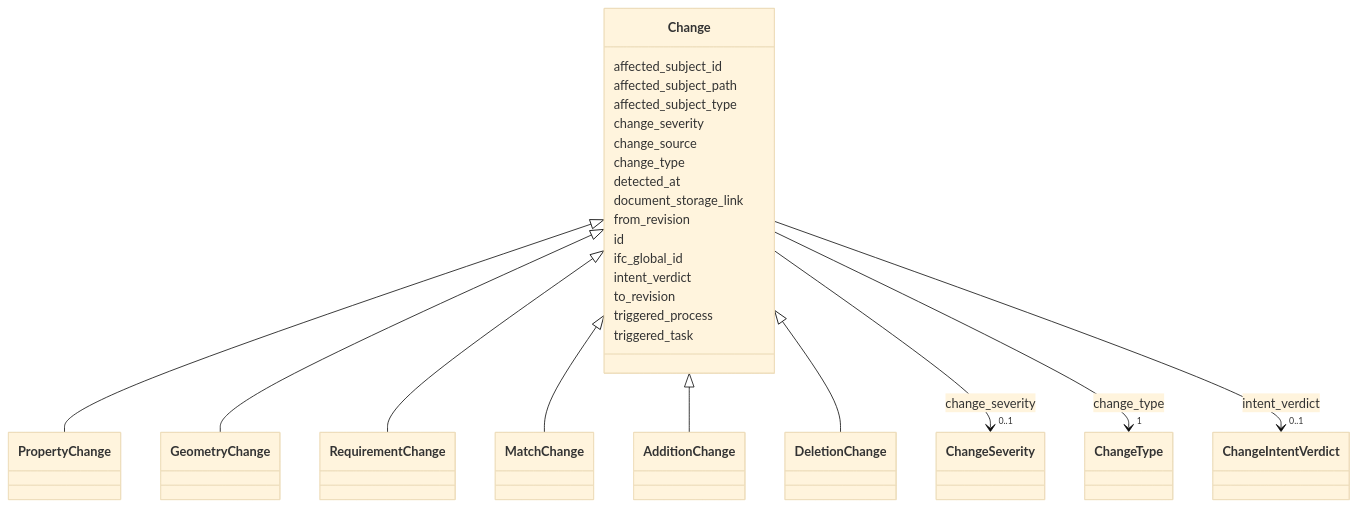
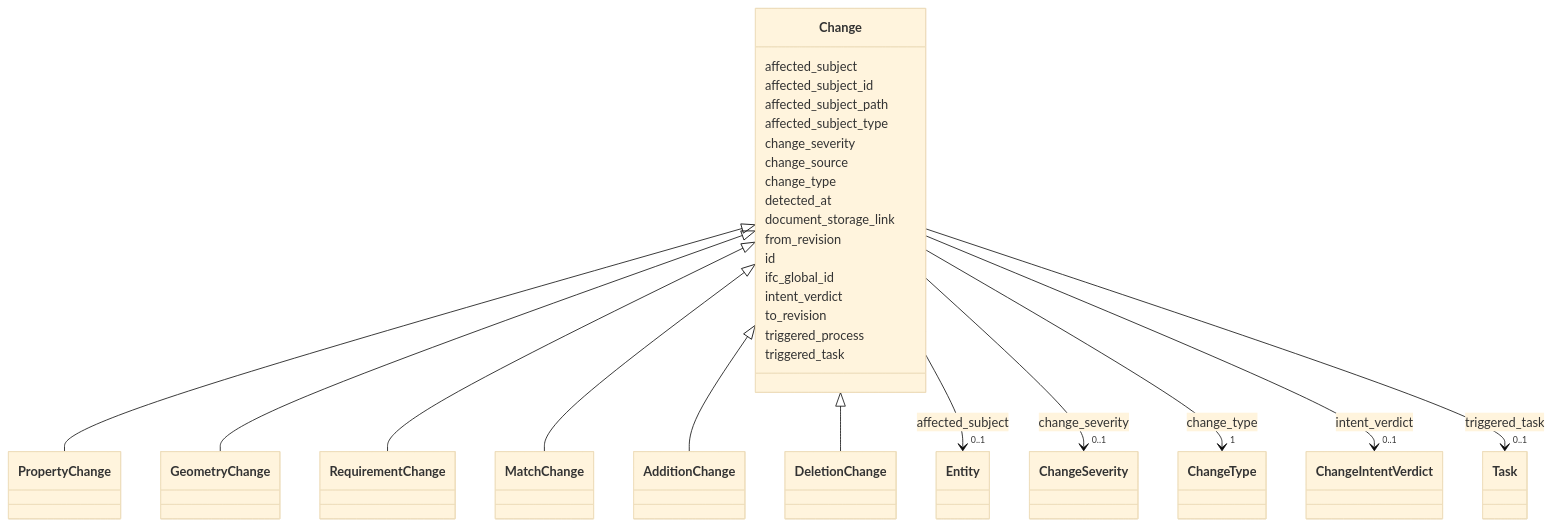
The diagram in latest/schema/.md-src/Change.md (simondilhas/pragmatic-bim-data-contract), drawn with Mermaid (base theme) before and after one commit. The commit also changed other lines of this file and 1888 other files, not shown here.

````diff
--- a/latest/schema/.md-src/Change.md
+++ b/latest/schema/.md-src/Change.md
@@ -27,38 +27,43 @@
 ```mermaid
  classDiagram
     class Change
     click Change href "./Change.html"
       Change <|-- PropertyChange
         click PropertyChange href "./PropertyChange.html"
       Change <|-- GeometryChange
         click GeometryChange href "./GeometryChange.html"
       Change <|-- RequirementChange
         click RequirementChange href "./RequirementChange.html"
       Change <|-- MatchChange
         click MatchChange href "./MatchChange.html"
       Change <|-- AdditionChange
         click AdditionChange href "./AdditionChange.html"
       Change <|-- DeletionChange
         click DeletionChange href "./DeletionChange.html"
+      Change : affected_subject
+        Change --> "0..1" Entity : affected_subject
+        click Entity href "./Entity.html"
       Change : affected_subject_id
       Change : affected_subject_path
       Change : affected_subject_type
       Change : change_severity
         Change --> "0..1" ChangeSeverity : change_severity
         click ChangeSeverity href "./ChangeSeverity.html"
       Change : change_source
       Change : change_type
         Change --> "1" ChangeType : change_type
         click ChangeType href "./ChangeType.html"
       Change : detected_at
       Change : document_storage_link
       Change : from_revision
       Change : id
       Change : ifc_global_id
       Change : intent_verdict
         Change --> "0..1" ChangeIntentVerdict : intent_verdict
         click ChangeIntentVerdict href "./ChangeIntentVerdict.html"
       Change : to_revision
       Change : triggered_process
       Change : triggered_task
+        Change --> "0..1" Task : triggered_task
+        click Task href "./Task.html"
 ```
````
